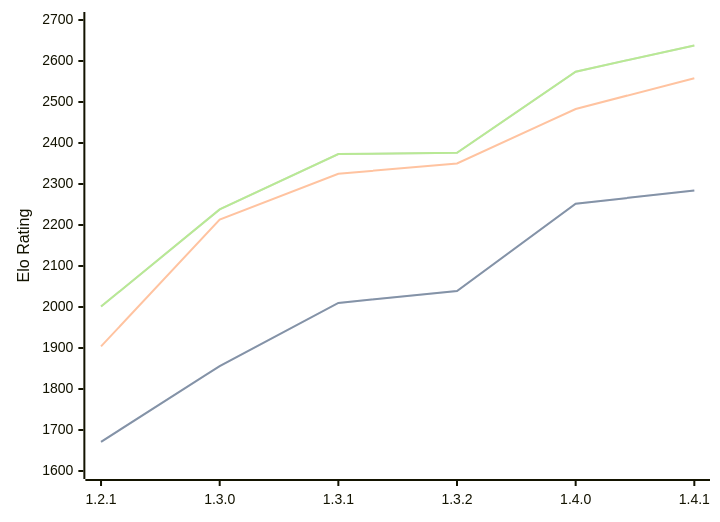
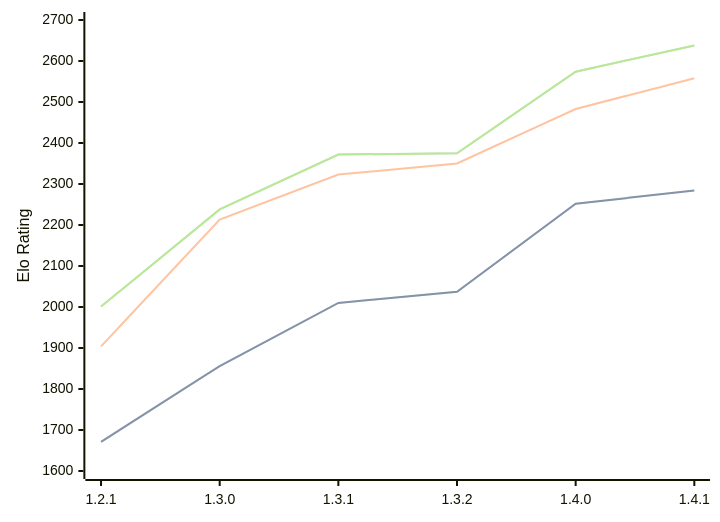
Before and after one commit to computer-chess-index/cci: the diagram in engines/Chal.md, drawn with Mermaid. The commit also changed other lines of this file, not shown here.

Commit message:
Update CCI Ratings (ELO VLTC) - 2026-08-03

````diff
--- a/engines/Chal.md
+++ b/engines/Chal.md
@@ -39,11 +39,11 @@
 ```mermaid
 %%{init: {"theme":"base","themeVariables":{"seriesColors:['#a3a3a3','#222221','#faa371']}}}%%
 xychart-beta
   x-axis ["1.2.1", "1.3.0", "1.3.1", "1.3.2", "1.4.0", "1.4.1"]
   y-axis "Elo Rating" 1600 --> 2700
-  line "STC (8.0+0.08s)" [1671, 1856, 2010, 2039, 2252, 2284]
-  line "STC (8.0+0.08s)" [1671, 1856, 2010, 2039, 2252, 2284]
-  line "LTC (60.0+0.60s)" [1904, 2213, 2325, 2350, 2483, 2558]
-  line "VLTC (2m24s+1.12s)" [2001, 2238, 2373, 2376, 2574, 2638]
-  line "VLTC (2m24s+1.12s)" [2001, 2238, 2373, 2376, 2574, 2638]
+  line "STC (8.0+0.08s)" [1671, 1856, 2010, 2037, 2252, 2284]
+  line "STC (8.0+0.08s)" [1671, 1856, 2010, 2037, 2252, 2284]
+  line "LTC (60.0+0.60s)" [1904, 2213, 2323, 2350, 2483, 2558]
+  line "VLTC (2m24s+1.12s)" [2001, 2238, 2372, 2375, 2574, 2638]
+  line "VLTC (2m24s+1.12s)" [2001, 2238, 2372, 2375, 2574, 2638]
 ```
````
